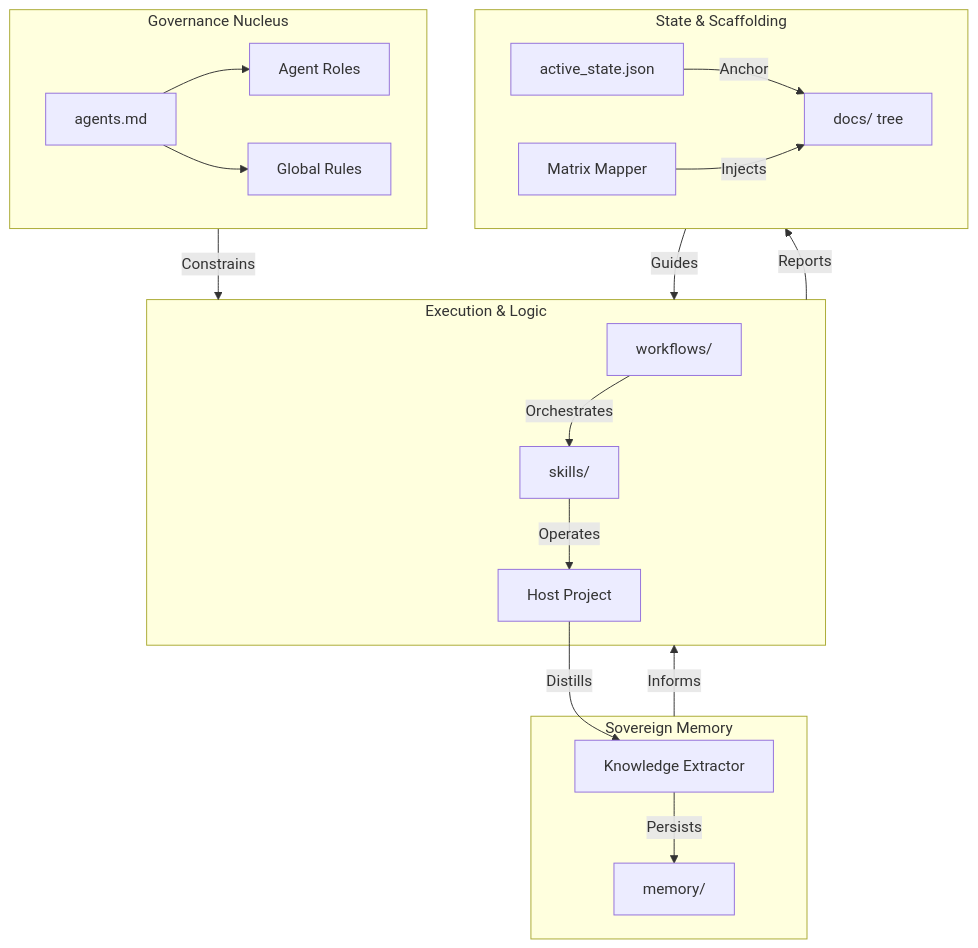
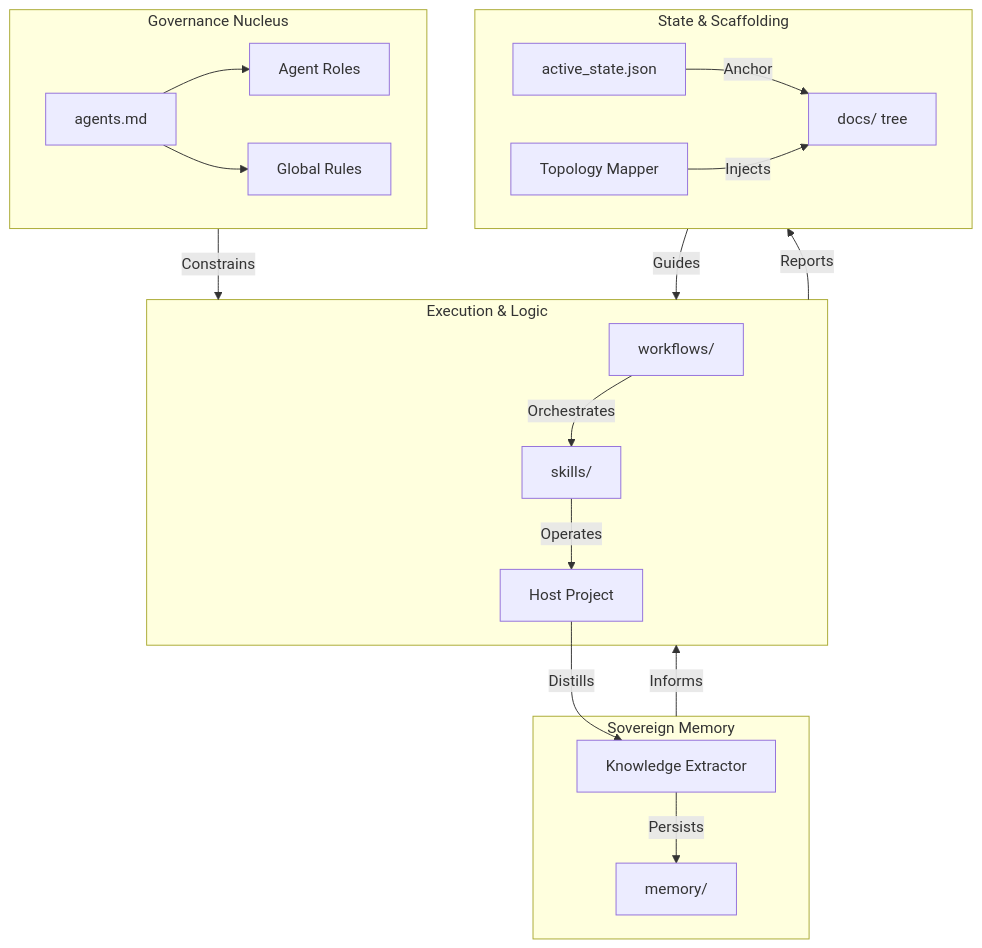
The diagram in docs/architecture/global_topology.md (GstMirabal/Token-Optimized-Agent-Pipeline), drawn with Mermaid before and after one commit. The commit also changed other lines of this file and 119 other files, not shown here.

````diff
--- a/docs/architecture/global_topology.md
+++ b/docs/architecture/global_topology.md
@@ -9,28 +9,28 @@
 ```mermaid
 flowchart TD
     subgraph Governance_Nucleus [Governance Nucleus]
         agents_md[agents.md] --> roles[Agent Roles]
         agents_md --> rules[Global Rules]
     end
 
     subgraph State_Control [State & Scaffolding]
         active_state[active_state.json] -- Anchor --> docs[docs/ tree]
-        mapper[Matrix Mapper] -- Injects --> docs
+        mapper[Topology Mapper] -- Injects --> docs
     end
 
     subgraph Execution_Engine [Execution & Logic]
         workflows[workflows/] -- Orchestrates --> skills[skills/]
         skills -- Operates --> project[Host Project]
     end
 
     subgraph Memory_Buffer [Sovereign Memory]
         project -- Distills --> extractor[Knowledge Extractor]
         extractor -- Persists --> memory[memory/]
     end
 
     %% Interconnections
     Governance_Nucleus -- Constrains --> Execution_Engine
     State_Control -- Guides --> Execution_Engine
     Execution_Engine -- Reports --> State_Control
     Memory_Buffer -- Informs --> Execution_Engine
 ```
````
